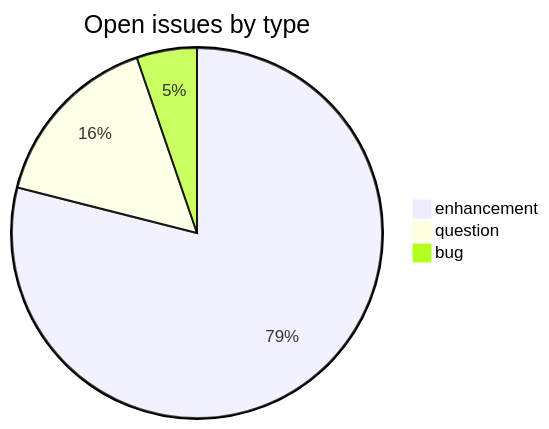
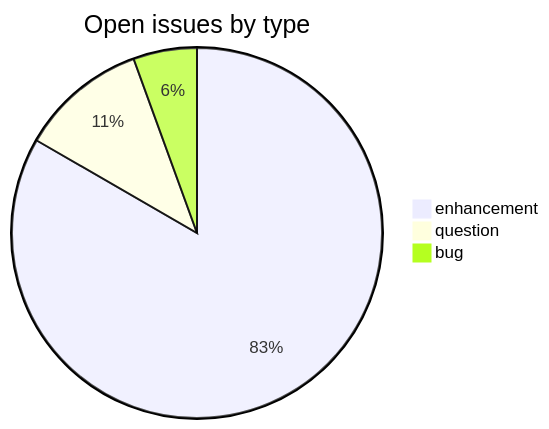
The first of 2 diagrams in README.md (sanskrit-lexicon/alternateheadwords), drawn with Mermaid before and after one commit. The commit also changed other lines of this file, not shown here.

````diff
--- a/README.md
+++ b/README.md
@@ -29,6 +57,6 @@
 ```mermaid
 pie title Open issues by type
     "enhancement" : 15
-    "question" : 3
+    "question" : 2
     "bug" : 1
 ```
````
